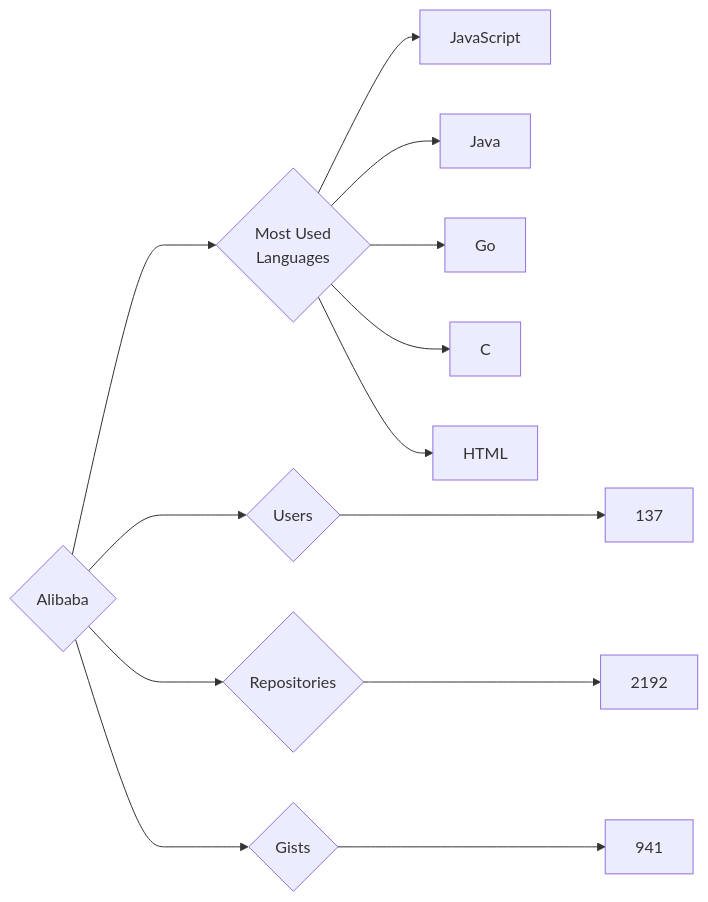
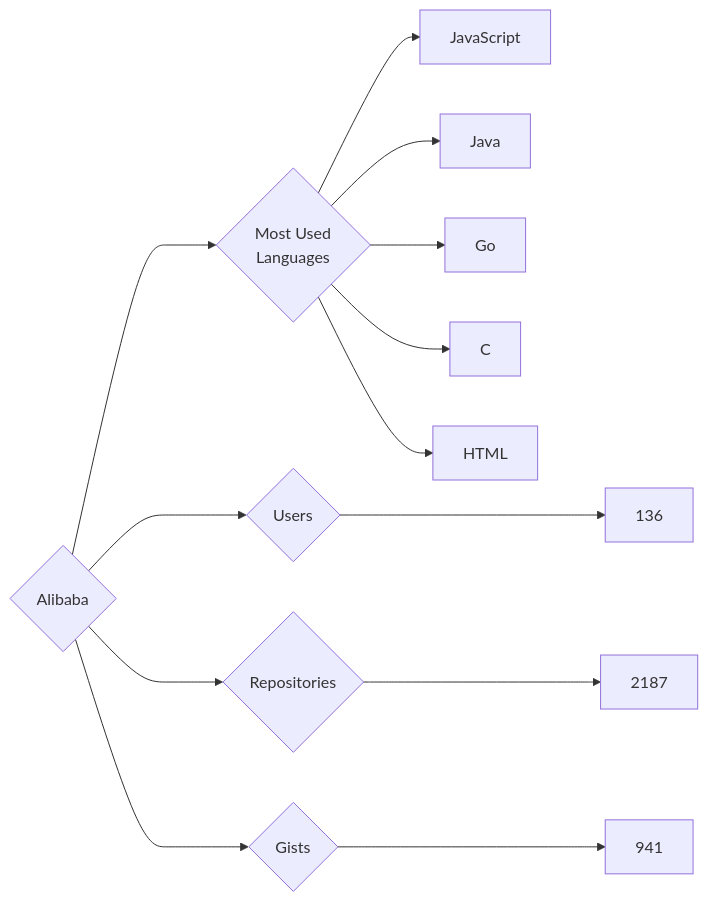
One commit to trickest/insiders changed the diagram in targets/Alibaba/README.md. Above: the diagram before and after it, drawn with Mermaid. The commit also changed 594 other files, not shown here.

````diff
--- a/targets/Alibaba/README.md
+++ b/targets/Alibaba/README.md
@@ -3,13 +3,13 @@
 ```mermaid
 graph LR
 COMPANY_NAME{Alibaba}
-COMPANY_NAME ---> U{Users} ---> UN[137]
-COMPANY_NAME ---> R{Repositories} ---> RN[2192]
+COMPANY_NAME ---> U{Users} ---> UN[136]
+COMPANY_NAME ---> R{Repositories} ---> RN[2187]
 COMPANY_NAME ---> G{Gists} ---> GN[941]
 COMPANY_NAME ---> ML{Most Used<br>Languages}
 ML --> JavaScript[JavaScript]
 ML --> Java[Java]
 ML --> Go[Go]
 ML --> C[C]
 ML --> HTML[HTML]
 ```
````
